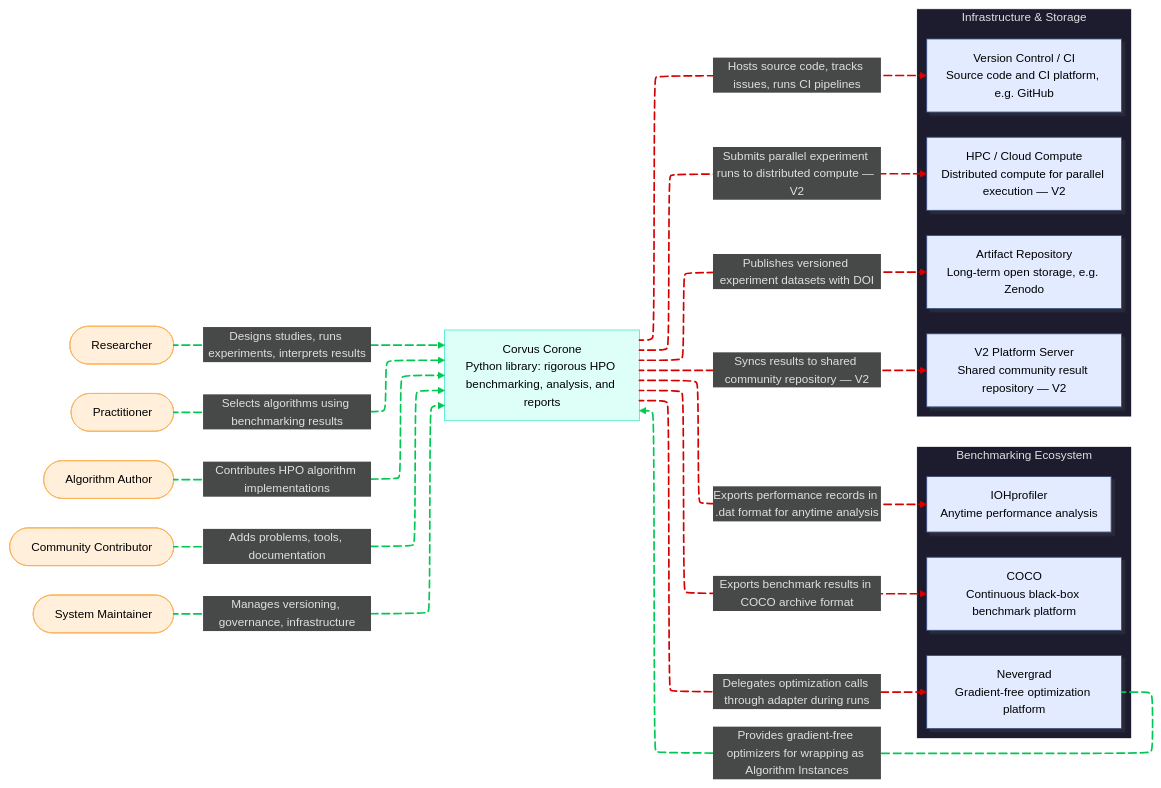
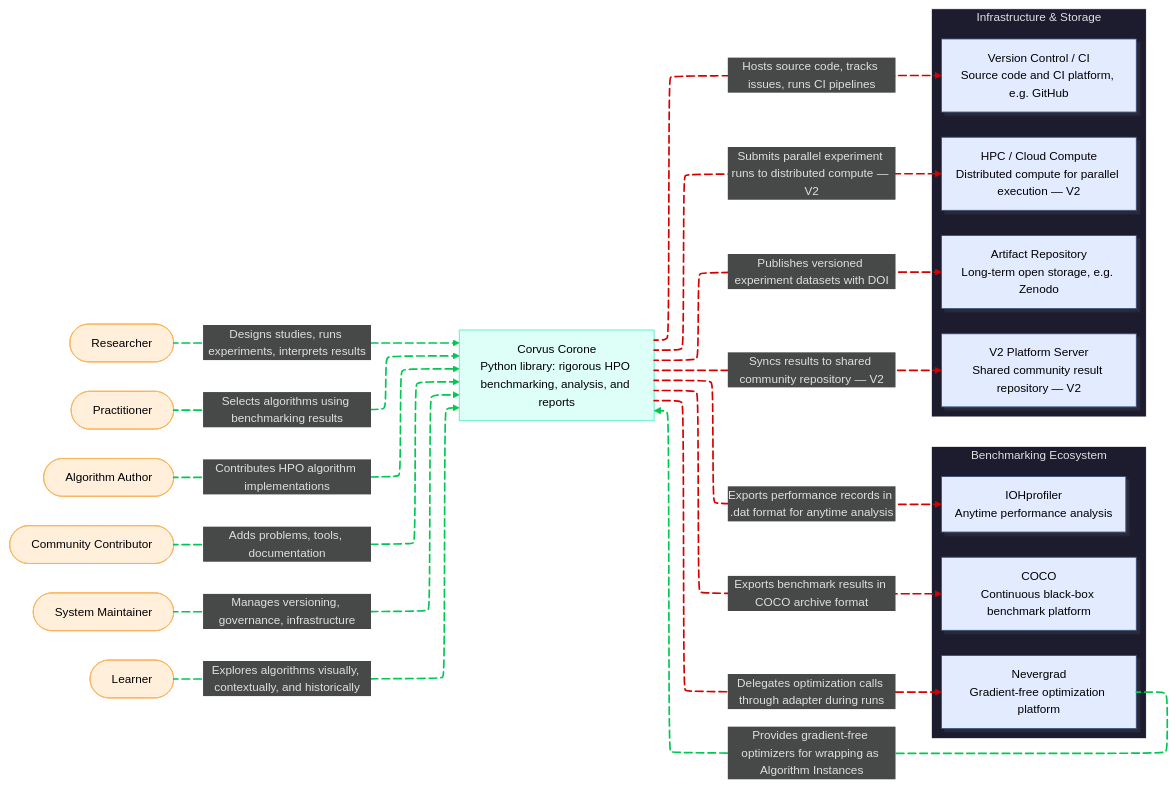
One commit to jedrzejpolaczek/aviarium.corvidae.corvus_corone changed the diagram in docs/02-design/02-architecture/02-c1-context.md. Above: the diagram before and after it, drawn with Mermaid. The commit also changed 1 other file, not shown here.

Commit message:
docs: fix diagrams

````diff
--- a/docs/02-design/02-architecture/02-c1-context.md
+++ b/docs/02-design/02-architecture/02-c1-context.md
@@ -35,6 +35,8 @@
   look: neo
   layout: elk
   theme: redux-dark
+  themeVariables:
+    background: transparent
 ---
 flowchart LR
   researcher(["Researcher"]):::person
@@ -42,6 +44,7 @@
   alg_author(["Algorithm Author"]):::person
   contributor(["Community Contributor"]):::person
   maintainer(["System Maintainer"]):::person
+  learner(["Learner"]):::person
 
   system["Corvus Corone<br>Python library: rigorous HPO benchmarking, analysis, and reports"]:::system
 
@@ -71,11 +74,13 @@
   system L_system_vcs_0@-- Hosts source code, tracks issues, runs CI pipelines --> vcs
   system L_system_platform_server_0@-- Syncs results to shared community repository — V2 --> platform_server
   system L_system_nevergrad_0@-- Delegates optimization calls through adapter during runs --> nevergrad
+  learner L_learner_system_0@-- Explores algorithms visually, contextually, and historically --> system
   researcher:::Peach
   practitioner:::Peach
   alg_author:::Peach
   contributor:::Peach
   maintainer:::Peach
+  learner:::Peach
   system:::Aqua
   coco:::Sky
   nevergrad:::Sky
@@ -102,6 +107,7 @@
   style artifact_repo color:#000000
   style vcs color:#000000
   style platform_server color:#000000
+  style learner color:#000000
   linkStyle 0 stroke:#00C853,fill:none
   linkStyle 1 stroke:#00C853,fill:none
   linkStyle 2 stroke:#00C853,fill:none
@@ -115,6 +121,7 @@
   linkStyle 10 stroke:#D50000,fill:none
   linkStyle 11 stroke:#D50000,fill:none
   linkStyle 12 stroke:#D50000,fill:none
+  linkStyle 13 stroke:#00C853,fill:none
   L_researcher_system_0@{ animation: slow }
   L_practitioner_system_0@{ animation: slow }
   L_alg_author_system_0@{ animation: slow }
@@ -128,4 +135,5 @@
   L_system_vcs_0@{ animation: fast }
   L_system_platform_server_0@{ animation: fast }
   L_system_nevergrad_0@{ animation: fast }
+  L_learner_system_0@{ animation: slow }
 ```
````
